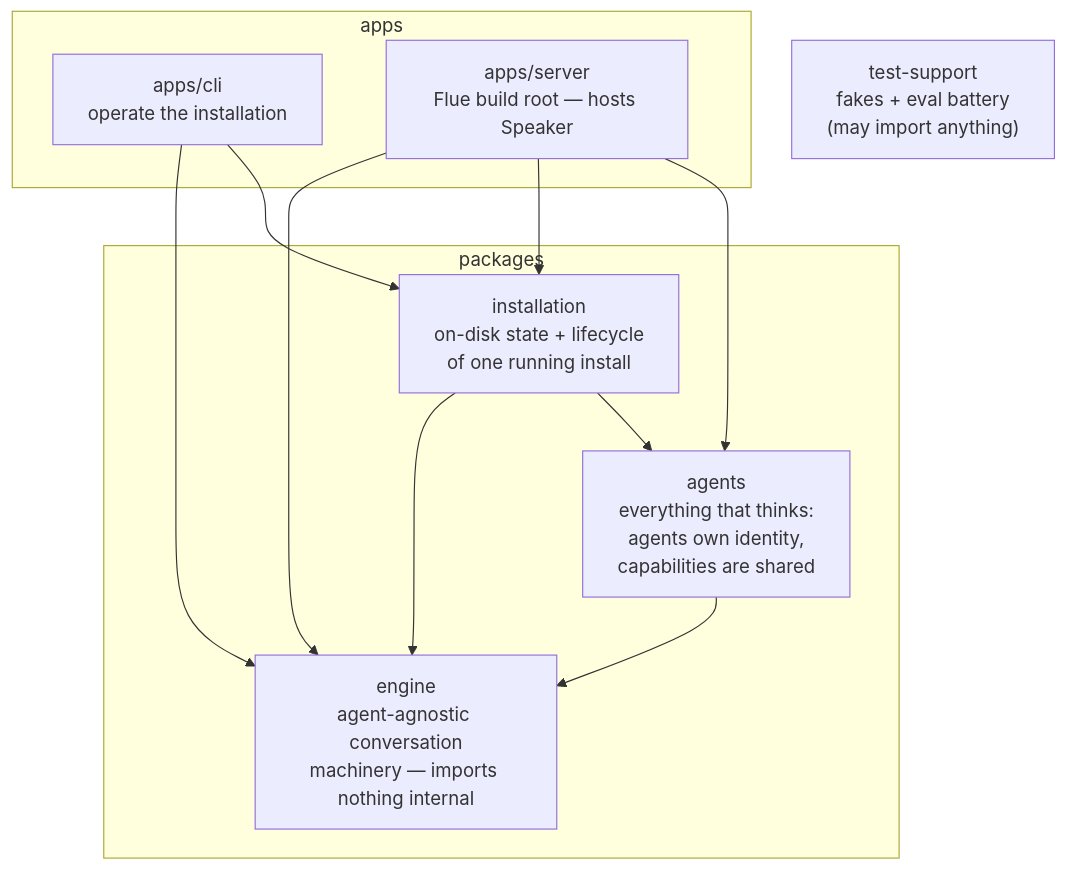
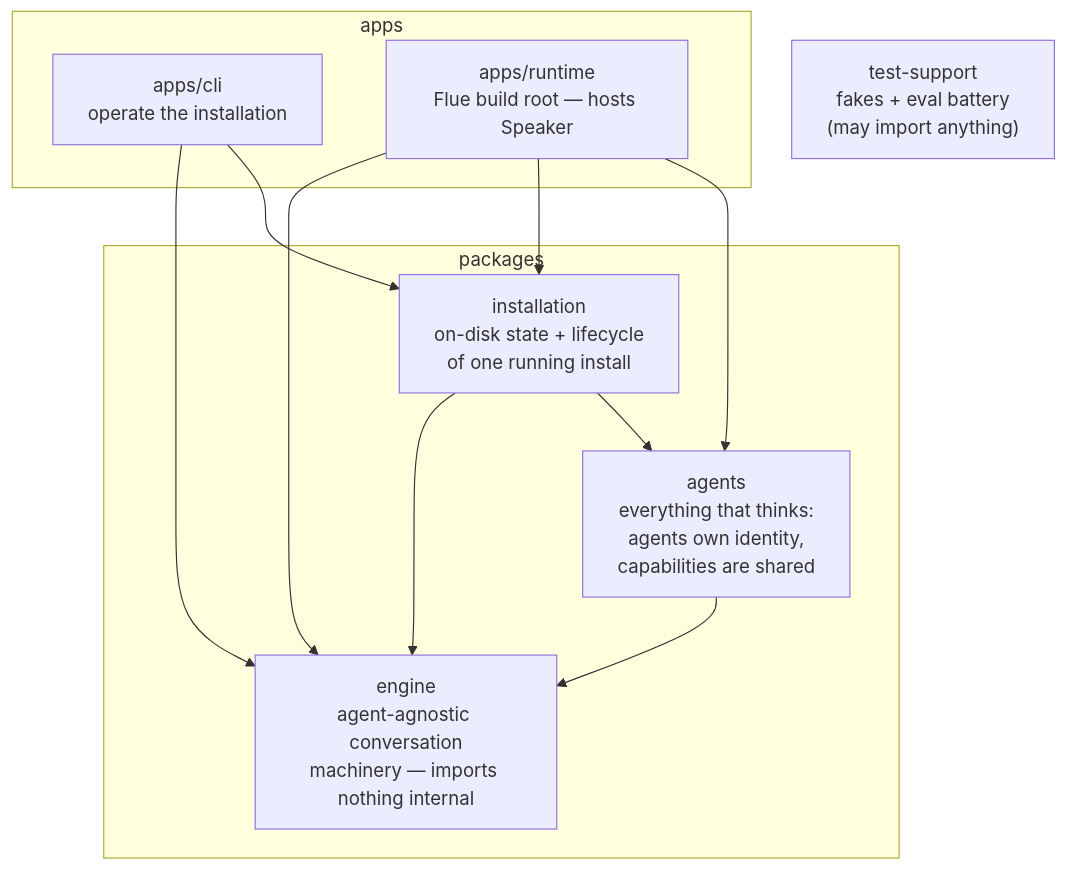
The first of 2 diagrams in docs/ARCHITECTURE.md (AaronAbuUsama/whatsappd-github-agent), drawn with Mermaid before and after one commit. The commit also changed other lines of this file and 418 other files, not shown here.

````diff
--- a/docs/ARCHITECTURE.md
+++ b/docs/ARCHITECTURE.md
@@ -6,21 +10,21 @@
 ```mermaid
 graph TD
   subgraph apps
     CLI["apps/cli<br/>operate the installation"]
-    SRV["apps/server<br/>Flue build root — hosts Speaker"]
+    SRV["apps/runtime<br/>Flue build root — hosts Speaker"]
   end
   subgraph packages
     AG["agents<br/>everything that thinks:<br/>agents own identity,<br/>capabilities are shared"]
     INST["installation<br/>on-disk state + lifecycle<br/>of one running install"]
     ENG["engine<br/>agent-agnostic conversation<br/>machinery — imports nothing internal"]
   end
   TS["test-support<br/>fakes + eval battery<br/>(may import anything)"]
   CLI --> INST
   CLI --> ENG
   SRV --> AG
   SRV --> INST
   SRV --> ENG
   AG --> ENG
   INST --> AG
   INST --> ENG
 ```
````
